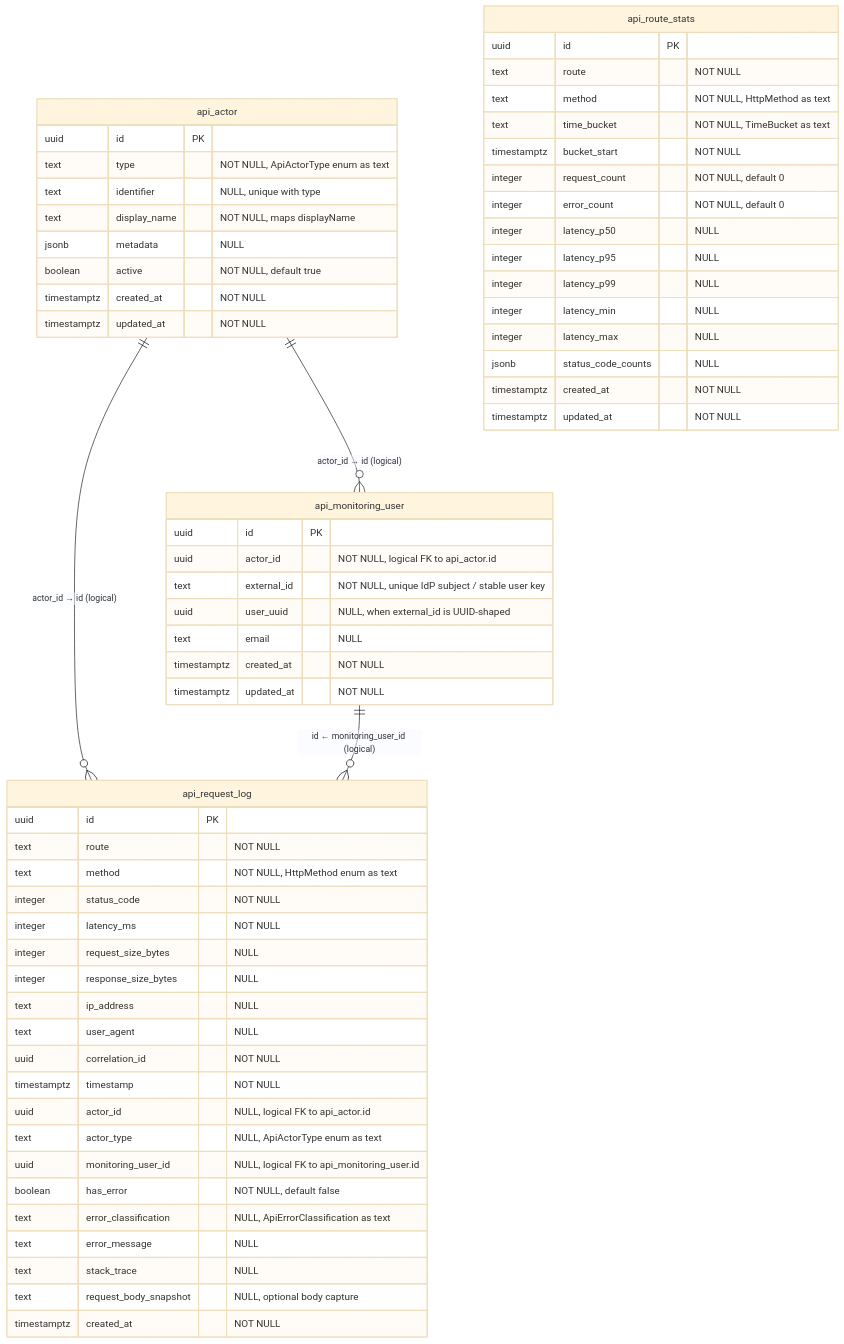
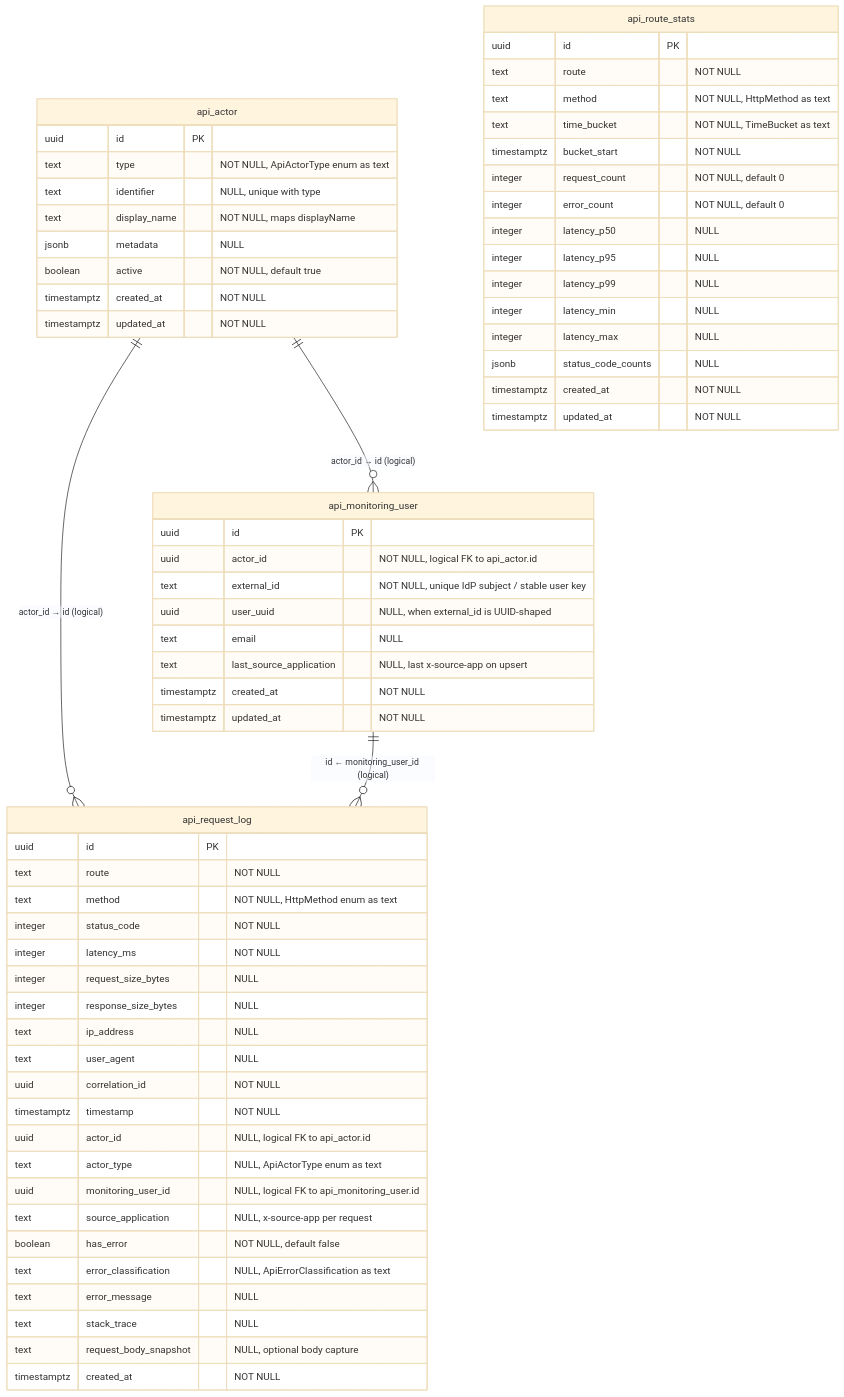
One commit to avinoorsingh-exp/refactored-api-interceptor changed the diagram in packages/api-monitoring/docs/api-monitoring.md. Above: the diagram before and after it, drawn with Mermaid (base theme). The commit also changed other lines of this file and 16 other files, not shown here.

````diff
--- a/packages/api-monitoring/docs/api-monitoring.md
+++ b/packages/api-monitoring/docs/api-monitoring.md
@@ -33,68 +35,70 @@
 ```mermaid
 erDiagram
   api_actor {
     uuid id PK
     text type "NOT NULL, ApiActorType enum as text"
     text identifier "NULL, unique with type"
     text display_name "NOT NULL, maps displayName"
     jsonb metadata "NULL"
     boolean active "NOT NULL, default true"
     timestamptz created_at "NOT NULL"
     timestamptz updated_at "NOT NULL"
   }
 
   api_monitoring_user {
     uuid id PK
     uuid actor_id "NOT NULL, logical FK to api_actor.id"
     text external_id "NOT NULL, unique IdP subject / stable user key"
     uuid user_uuid "NULL, when external_id is UUID-shaped"
     text email "NULL"
+    text last_source_application "NULL, last x-source-app on upsert"
     timestamptz created_at "NOT NULL"
     timestamptz updated_at "NOT NULL"
   }
 
   api_request_log {
     uuid id PK
     text route "NOT NULL"
     text method "NOT NULL, HttpMethod enum as text"
     integer status_code "NOT NULL"
     integer latency_ms "NOT NULL"
     integer request_size_bytes "NULL"
     integer response_size_bytes "NULL"
     text ip_address "NULL"
     text user_agent "NULL"
     uuid correlation_id "NOT NULL"
     timestamptz timestamp "NOT NULL"
     uuid actor_id "NULL, logical FK to api_actor.id"
     text actor_type "NULL, ApiActorType enum as text"
     uuid monitoring_user_id "NULL, logical FK to api_monitoring_user.id"
+    text source_application "NULL, x-source-app per request"
     boolean has_error "NOT NULL, default false"
     text error_classification "NULL, ApiErrorClassification as text"
     text error_message "NULL"
     text stack_trace "NULL"
     text request_body_snapshot "NULL, optional body capture"
     timestamptz created_at "NOT NULL"
   }
 
   api_route_stats {
     uuid id PK
     text route "NOT NULL"
     text method "NOT NULL, HttpMethod as text"
     text time_bucket "NOT NULL, TimeBucket as text"
     timestamptz bucket_start "NOT NULL"
     integer request_count "NOT NULL, default 0"
     integer error_count "NOT NULL, default 0"
     integer latency_p50 "NULL"
     integer latency_p95 "NULL"
     integer latency_p99 "NULL"
     integer latency_min "NULL"
     integer latency_max "NULL"
     jsonb status_code_counts "NULL"
     timestamptz created_at "NOT NULL"
     timestamptz updated_at "NOT NULL"
   }
 
   api_actor ||--o{ api_monitoring_user : "actor_id → id (logical)"
   api_actor ||--o{ api_request_log : "actor_id → id (logical)"
   api_monitoring_user ||--o{ api_request_log : "id ← monitoring_user_id (logical)"
 ```
````
